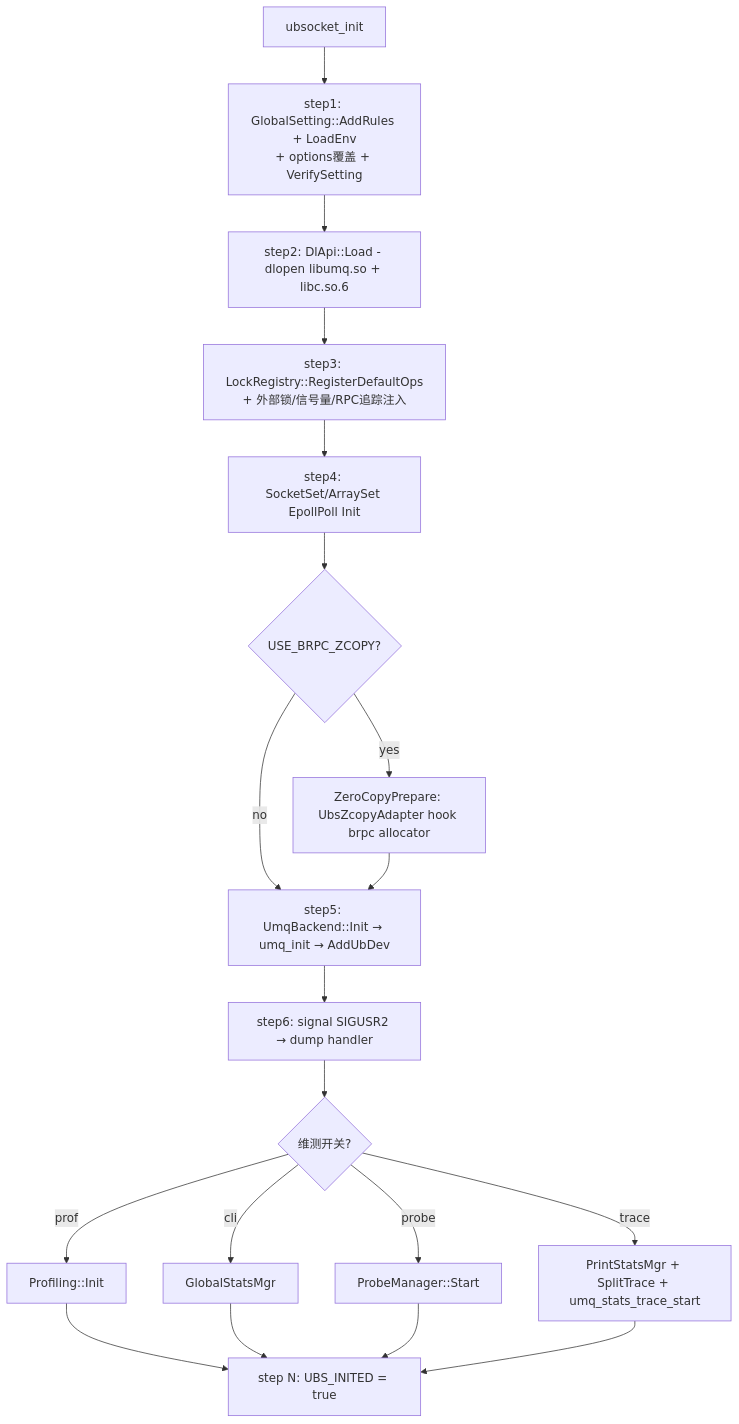
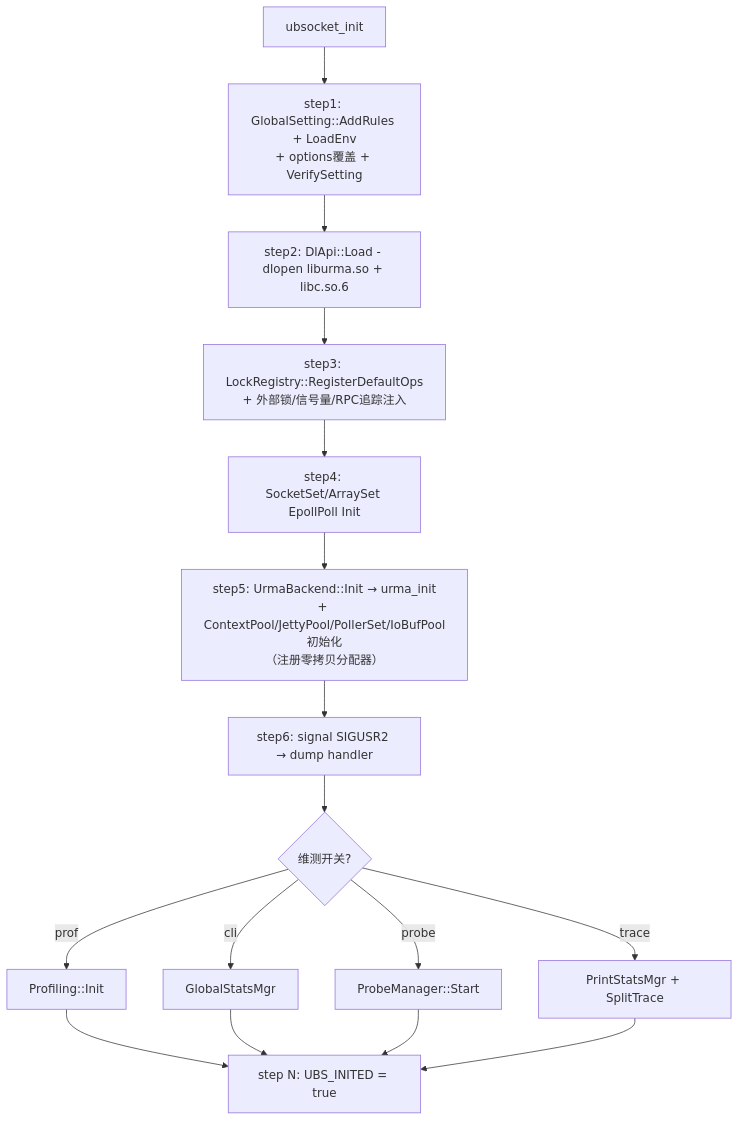
One commit to openeuler-mirror/ubs-comm changed diagram 16 of 17 in doc/ubsocket/UBSOCKET-ARCHITECTURE.ch.md. Above: the diagram before and after it, drawn with Mermaid. The commit also changed other lines of this file and 13 other files, not shown here.

````diff
--- a/doc/ubsocket/UBSOCKET-ARCHITECTURE.ch.md
+++ b/doc/ubsocket/UBSOCKET-ARCHITECTURE.ch.md
@@ -685,22 +578,19 @@
 ```mermaid
 flowchart TD
     START[ubsocket_init] --> STEP1["step1: GlobalSetting::AddRules + LoadEnv<br/>+ options覆盖 + VerifySetting"]
-    STEP1 --> STEP2["step2: DlApi::Load - dlopen libumq.so + libc.so.6"]
+    STEP1 --> STEP2["step2: DlApi::Load - dlopen liburma.so + libc.so.6"]
     STEP2 --> STEP3["step3: LockRegistry::RegisterDefaultOps<br/>+ 外部锁/信号量/RPC追踪注入"]
     STEP3 --> STEP4["step4: SocketSet/ArraySet EpollPoll Init"]
-    STEP4 --> STEP5{USE_BRPC_ZCOPY?}
-    STEP5 -->|yes| ZCOPY["ZeroCopyPrepare: UbsZcopyAdapter hook brpc allocator"]
-    STEP5 -->|no| STEP6
-    ZCOPY --> STEP6["step5: UmqBackend::Init → umq_init → AddUbDev"]
+    STEP4 --> STEP6["step5: UrmaBackend::Init → urma_init<br/>+ ContextPool/JettyPool/PollerSet/IoBufPool初始化<br/>（注册零拷贝分配器）"]
     STEP6 --> STEP7["step6: signal SIGUSR2 → dump handler"]
     STEP7 --> STEP8{维测开关?}
     STEP8 -->|prof| PROF["Profiling::Init"]
     STEP8 -->|cli| CLI["GlobalStatsMgr"]
     STEP8 -->|probe| PROBE["ProbeManager::Start"]
-    STEP8 -->|trace| TRACE["PrintStatsMgr + SplitTrace + umq_stats_trace_start"]
+    STEP8 -->|trace| TRACE["PrintStatsMgr + SplitTrace"]
     PROF --> DONE
     CLI --> DONE
     PROBE --> DONE
     TRACE --> DONE
     DONE["step N: UBS_INITED = true"]
 ```
````
